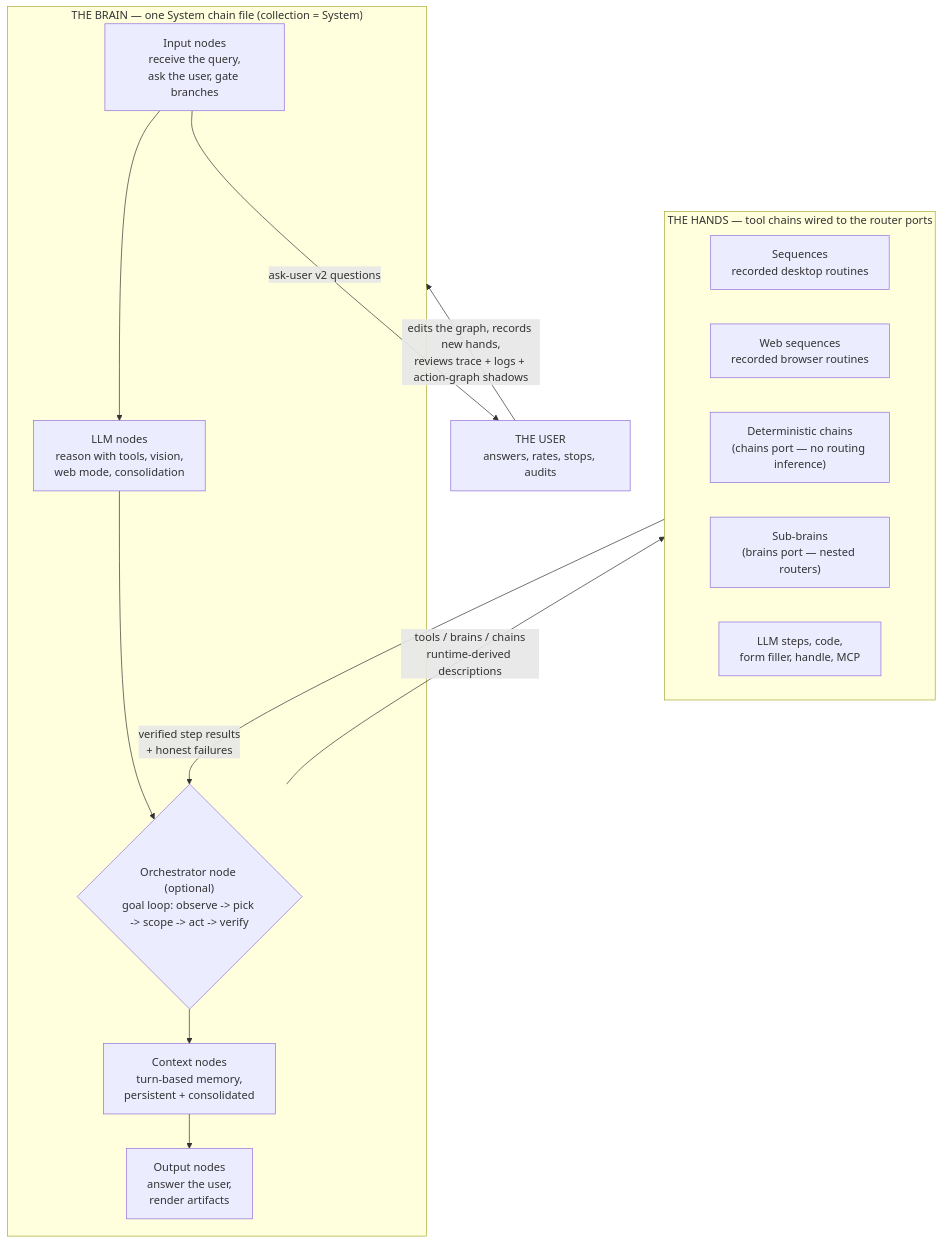
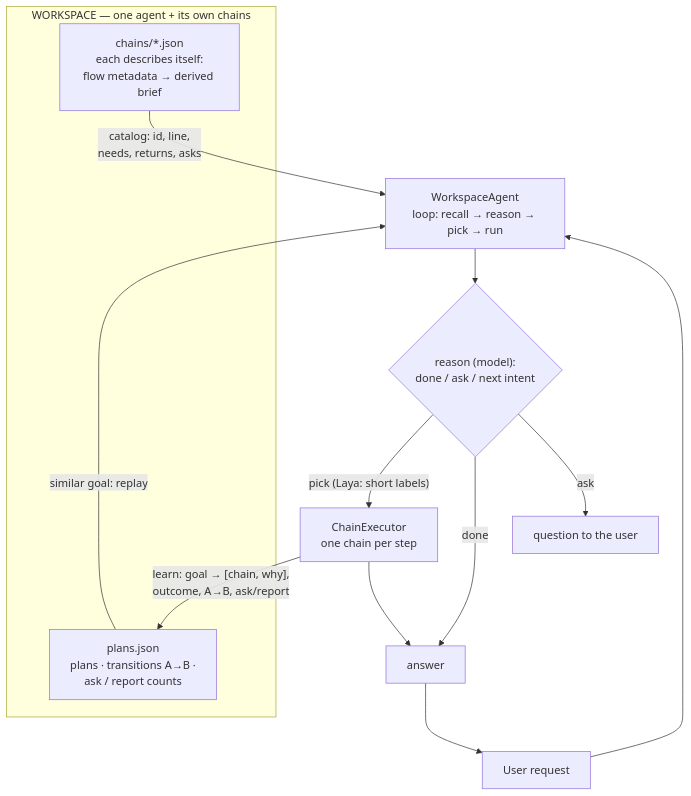
The first of 21 diagrams in LoOper/README.MD (RodrigoBenitez343/Arrow), drawn with Mermaid before and after one commit. The commit also changed other lines of this file and 299 other files, not shown here.

Commit message:
node wires patches + web sequences dedup fix

````diff
--- a/LoOper/README.MD
+++ b/LoOper/README.MD
@@ -88,22 +101,17 @@
 ```mermaid
 flowchart TB
-    subgraph Brain["THE BRAIN — one System chain file (collection = System)"]
-        In["Input nodes<br/>receive the query,<br/>ask the user, gate branches"] --> LLM["LLM nodes<br/>reason with tools, vision,<br/>web mode, consolidation"]
-        LLM --> Orch{"Orchestrator node (optional)<br/>goal loop: observe -> pick -> scope -> act -> verify"}
-        Orch --> Ctx["Context nodes<br/>turn-based memory,<br/>persistent + consolidated"]
-        Ctx --> Out["Output nodes<br/>answer the user,<br/>render artifacts"]
+    subgraph WS["WORKSPACE — one agent + its own chains"]
+        Chains["chains/*.json<br/>each describes itself:<br/>flow metadata → derived brief"]
+        Plans["plans.json<br/>plans · transitions A→B ·<br/>ask / report counts"]
     end
-
-    subgraph Hands["THE HANDS — tool chains wired to the router ports"]
-        Seq["Sequences<br/>recorded desktop routines"]
-        WebSeq["Web sequences<br/>recorded browser routines"]
-        Det["Deterministic chains<br/>(chains port — no routing inference)"]
-        SubBrain["Sub-brains<br/>(brains port — nested routers)"]
-        Steps["LLM steps, code,<br/>form filler, handle, MCP"]
-    end
-
-    Orch -- "tools / brains / chains<br/>runtime-derived descriptions" --> Hands
-    Hands -- "verified step results<br/>+ honest failures" --> Orch
-    In -- "ask-user v2 questions" --> User["THE USER<br/>answers, rates, stops, audits"]
-    User -- "edits the graph, records new hands,<br/>reviews trace + logs + action-graph shadows" --> Brain
+    U["User request"] --> A["WorkspaceAgent<br/>loop: recall → reason → pick → run"]
+    Chains -- "catalog: id, line,<br/>needs, returns, asks" --> A
+    A --> R{"reason (model):<br/>done / ask / next intent"}
+    R -- "pick (Laya: short labels)" --> Run
+    R -- "done" --> O
+    R -- "ask" --> U2["question to the user"]
+    Run["ChainExecutor<br/>one chain per step"] --> O["answer"]
+    Run -- "learn: goal → [chain, why],<br/>outcome, A→B, ask/report" --> Plans
+    Plans -- "similar goal: replay" --> A
+    O --> U
 ```
````
